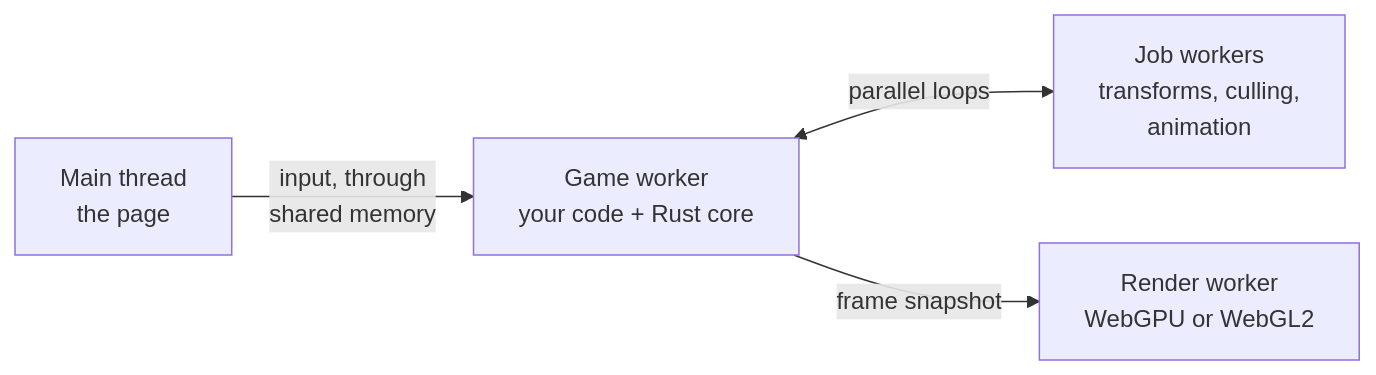
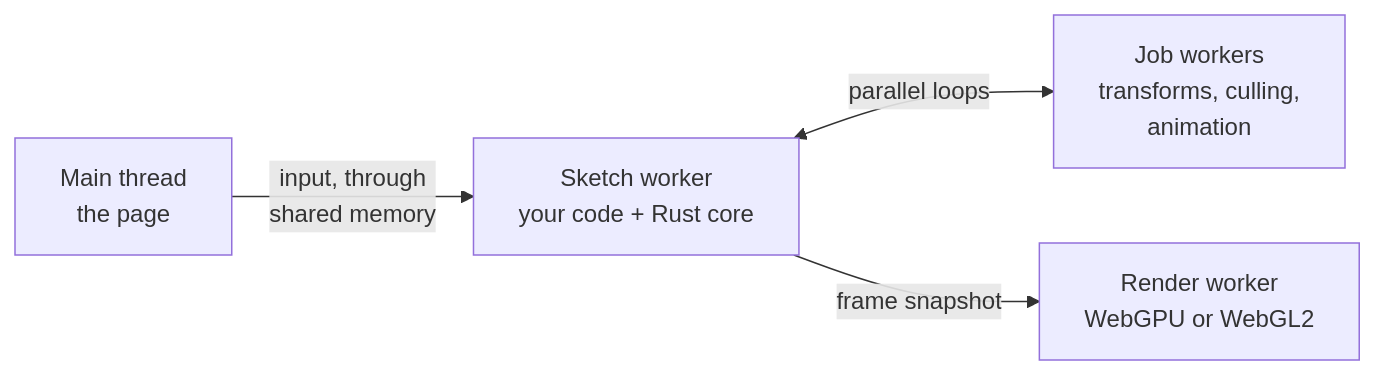
The diagram in README.md (null3d-engine/null3d), drawn with Mermaid before and after one commit. The commit also changed other lines of this file and 116 other files, not shown here.

First line of the commit message:
feat(engine)!: call a 3D scene a sketch, and rename the game APIs to match

````diff
--- a/README.md
+++ b/README.md
@@ -135,6 +135,6 @@
 ```mermaid
 flowchart LR
-    page["Main thread<br/>the page"] -- "input, through<br/>shared memory" --> game["Game worker<br/>your code + Rust core"]
-    game <-- "parallel loops" --> jobs["Job workers<br/>transforms, culling,<br/>animation"]
-    game -- "frame snapshot" --> render["Render worker<br/>WebGPU or WebGL2"]
+    page["Main thread<br/>the page"] -- "input, through<br/>shared memory" --> sketch["Sketch worker<br/>your code + Rust core"]
+    sketch <-- "parallel loops" --> jobs["Job workers<br/>transforms, culling,<br/>animation"]
+    sketch -- "frame snapshot" --> render["Render worker<br/>WebGPU or WebGL2"]
 ```
````
